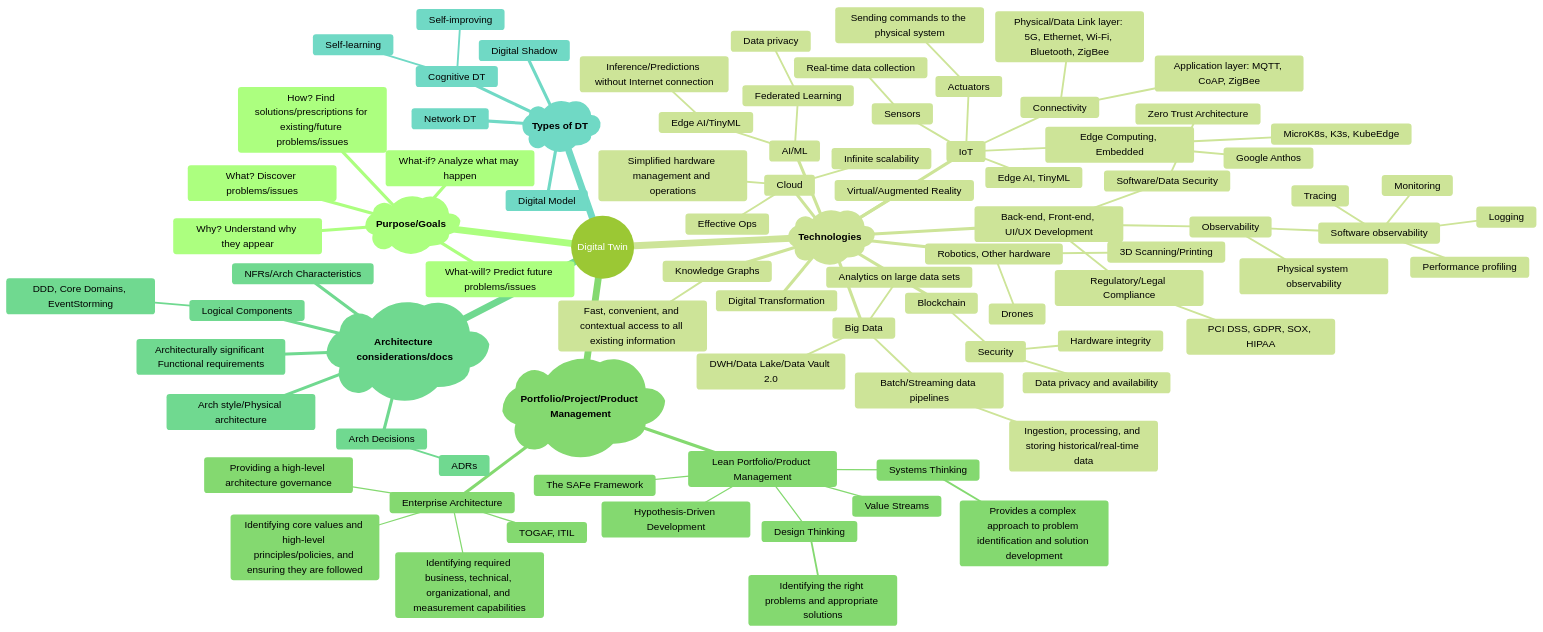
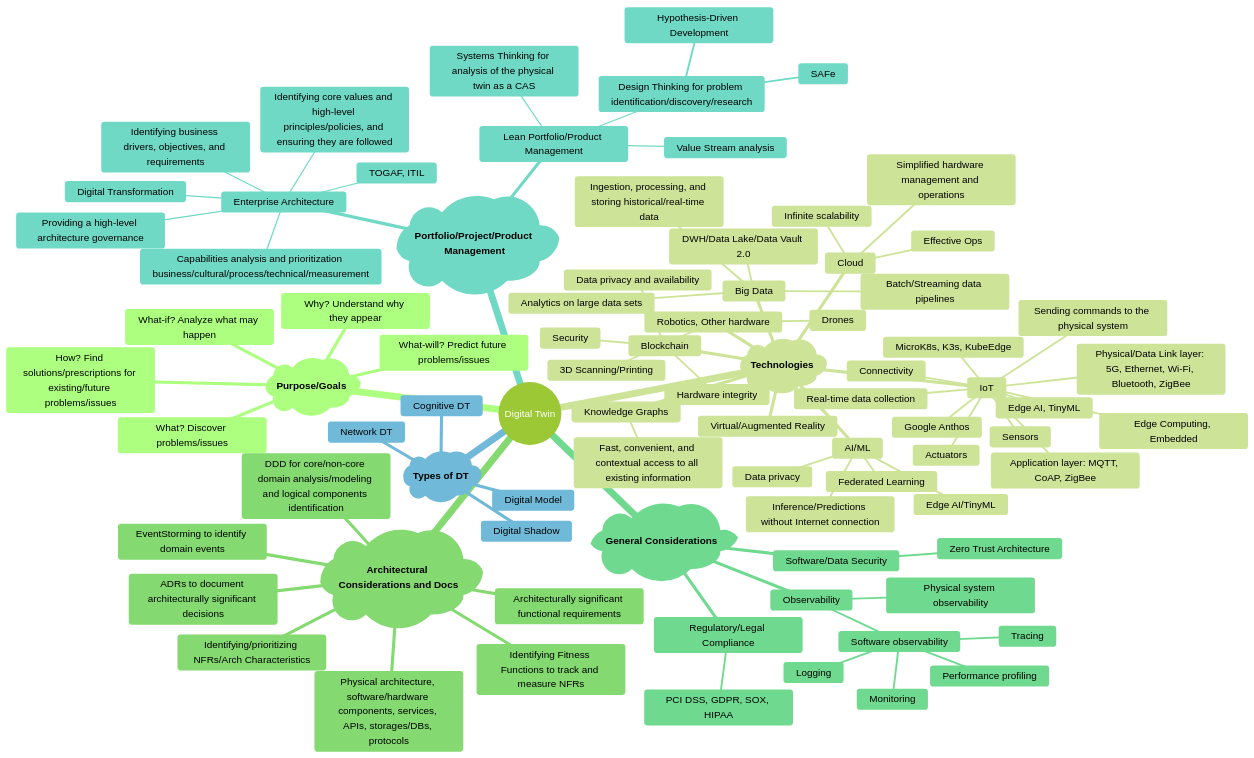
The diagram in Digital Twins/Digital twin mind map.md (stolser/general-research), drawn with Mermaid before and after one commit.

Commit message:
Update DT mind map

````diff
--- a/Digital Twins/Digital twin mind map.md
+++ b/Digital Twins/Digital twin mind map.md
@@ -9,90 +9,86 @@
 
 mindmap
   root((Digital Twin))
-    id1)"`**Purpose/Goals**`"(
-      What? Discover problems/issues
-      Why? Understand why they appear
-      What-if? Analyze what may happen
-      What-will? Predict future problems/issues
-      How? Find solutions/prescriptions for existing/future problems/issues
-    id2)"`**Technologies**`"(
-      Digital Transformation
-      IoT
-        Sensors
-          Real-time data collection
-        Actuators
-          Sending commands to the physical system
-        Edge Computing, Embedded
-          MicroK8s, K3s, KubeEdge
-          Google Anthos
-        Edge AI, TinyML
-        Connectivity
-          Physical/Data Link layer: 5G, Ethernet, Wi-Fi, Bluetooth, ZigBee
-          Application layer: MQTT, CoAP, ZigBee
-      Robotics, Other hardware
-        Drones
-        3D Scanning/Printing
-      Virtual/Augmented Reality
-      AI/ML
-        Edge AI/TinyML
-          Inference/Predictions without Internet connection
-        Federated Learning
-          Data privacy
-      Blockchain
-        Security
-          Data privacy and availability
-          Hardware integrity
-      Big Data
-        Batch/Streaming data pipelines
-          Ingestion, processing, and storing historical/real-time data
-        Analytics on large data sets
-        DWH/Data Lake/Data Vault 2.0
-      Cloud
-        Infinite scalability
-        Effective Ops
-        Simplified hardware management and operations
-      Knowledge Graphs
-        Fast, convenient, and contextual access to all existing information
-      Back-end, Front-end, UI/UX Development
+    id)"`**Purpose/Goals**`"(
+        What? Discover problems/issues
+        Why? Understand why they appear
+        What-if? Analyze what may happen
+        What-will? Predict future problems/issues
+        How? Find solutions/prescriptions for existing/future problems/issues
+    id)"`**Technologies**`"(
+        IoT
+            Sensors
+            Real-time data collection
+            Actuators
+            Sending commands to the physical system
+            Edge Computing, Embedded
+            MicroK8s, K3s, KubeEdge
+            Google Anthos
+            Edge AI, TinyML
+            Connectivity
+            Physical/Data Link layer: 5G, Ethernet, Wi-Fi, Bluetooth, ZigBee
+            Application layer: MQTT, CoAP, ZigBee
+        Robotics, Other hardware
+            Drones
+            3D Scanning/Printing
+        Virtual/Augmented Reality
+        AI/ML
+            Edge AI/TinyML
+            Inference/Predictions without Internet connection
+            Federated Learning
+            Data privacy
+        Blockchain
+            Security
+            Data privacy and availability
+            Hardware integrity
+        Big Data
+            Batch/Streaming data pipelines
+            Ingestion, processing, and storing historical/real-time data
+            Analytics on large data sets
+            DWH/Data Lake/Data Vault 2.0
+        Cloud
+            Infinite scalability
+            Effective Ops
+            Simplified hardware management and operations
+        Knowledge Graphs
+            Fast, convenient, and contextual access to all existing information
+    id)"`**Architectural Considerations and Docs**`"(
+        Architecturally significant functional requirements
+        DDD for core/non-core domain analysis/modeling and logical components identification
+        EventStorming to identify domain events
+        Identifying/prioritizing NFRs/Arch Characteristics
+        Identifying Fitness Functions to track and measure NFRs
+        Physical architecture, software/hardware components, services, APIs, storages/DBs, protocols
+        ADRs to document architecturally significant decisions
+    id)"`**General Considerations**`"(
         Observability
-          Software observability
-            Logging
-            Monitoring
-            Tracing
-            Performance profiling
-          Physical system observability
+            Software observability
+                Logging
+                Monitoring
+                Tracing
+                Performance profiling
+            Physical system observability
         Software/Data Security
-          Zero Trust Architecture
+            Zero Trust Architecture
         Regulatory/Legal Compliance
-          PCI DSS, GDPR, SOX, HIPAA
-    id3)"**Portfolio/Project/Product Management**"(
+            PCI DSS, GDPR, SOX, HIPAA
+    id)"`**Portfolio/Project/Product Management**`"(
 	    Enterprise Architecture
-	      TOGAF, ITIL
-	      Providing a high-level architecture governance
-	      Identifying required business, technical, organizational, and measurement capabilities
-	      Identifying core values and high-level principles/policies, and ensuring they are followed
+            Digital Transformation
+            TOGAF, ITIL
+            Identifying business drivers, objectives, and requirements
+            Identifying core values and high-level principles/policies, and ensuring they are followed
+            Providing a high-level architecture governance
+            Capabilities analysis and prioritization business/cultural/process/technical/measurement
 	    Lean Portfolio/Product Management
-	      Value Streams
-	      Systems Thinking
-	        Provides a complex approach to problem identification and solution development
-	      Design Thinking
-	        Identifying the right problems and appropriate solutions
-	      The SAFe Framework
-	      Hypothesis-Driven Development
-    id4)"**Architecture considerations/docs**"(
-      Architecturally significant Functional requirements
-      Logical Components
-        DDD, Core Domains, EventStorming
-      NFRs/Arch Characteristics
-      Arch style/Physical architecture
-      Arch Decisions
-        ADRs
-    id5)"**Types of DT**"(
-      Digital Model
-      Digital Shadow
-      Network DT
-      Cognitive DT
-        Self-learning
-        Self-improving
-
+            Value Stream analysis
+            Systems Thinking for analysis of the physical twin as a CAS
+	        Design Thinking for problem identification/discovery/research
+            Hypothesis-Driven Development
+            SAFe
+    id)"`**Types of DT**`"(
+        Digital Model
+        Digital Shadow
+        Network DT
+        Cognitive DT
 ```
````
